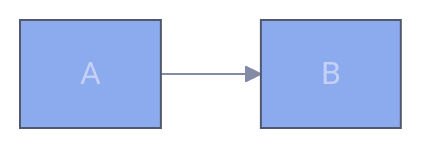
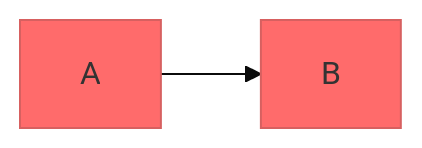
Before and after one commit to pascalandy/dotfiles: the sixth of 6 diagrams in dot_config/ai_templates/skills/utils/mermaid/SKILL.md, drawn with Mermaid. The commit also changed other lines of this file and 9 other files, not shown here.

First line of the commit message:
📚 docs: expand Mermaid skill guidance

````diff
--- a/dot_config/ai_templates/skills/utils/mermaid/SKILL.md
+++ b/dot_config/ai_templates/skills/utils/mermaid/SKILL.md
@@ -192,16 +162,10 @@
 ```mermaid
 ---
 config:
   theme: base
   themeVariables:
-    primaryColor: "#8caaee"
-    primaryTextColor: "#c6d0f5"
-    primaryBorderColor: "#51576d"
-    lineColor: "#838ba7"
-    secondaryColor: "#a6d189"
-    tertiaryColor: "#e5c890"
-    background: "#303446"
+    primaryColor: "#ff6b6b"
 ---
 flowchart LR
     A --> B
 ```
````
